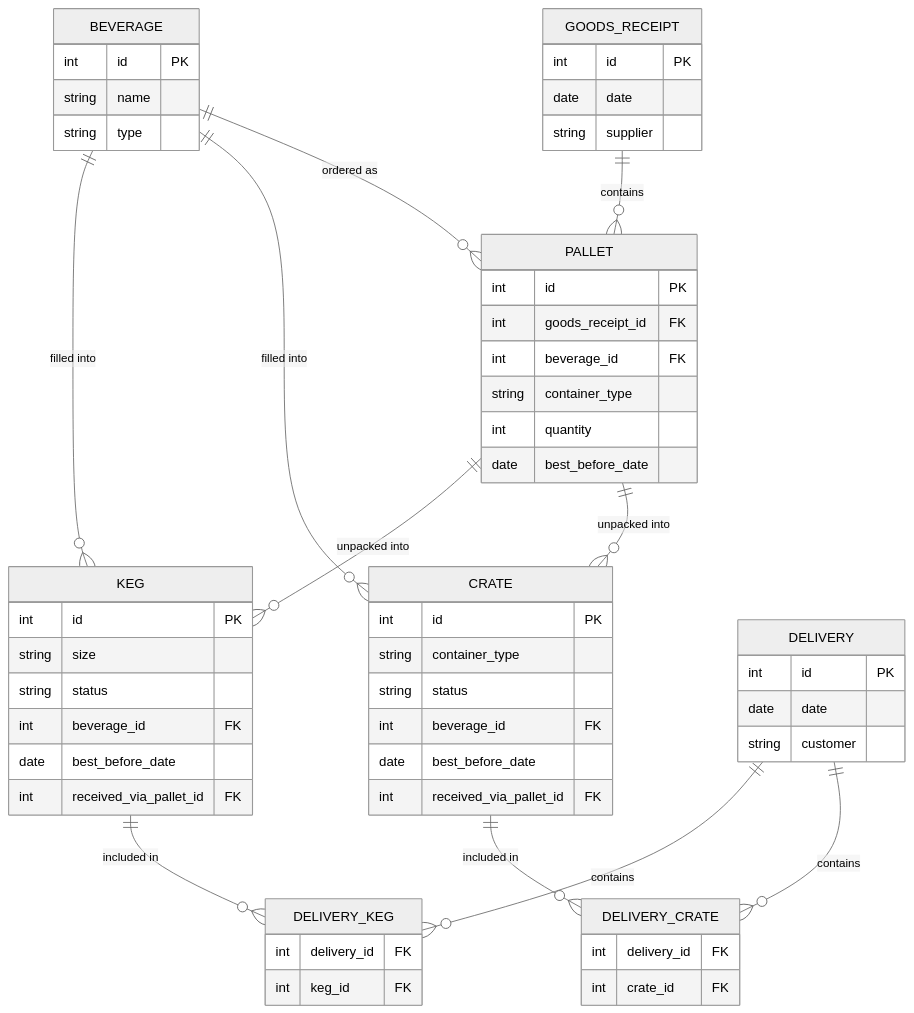
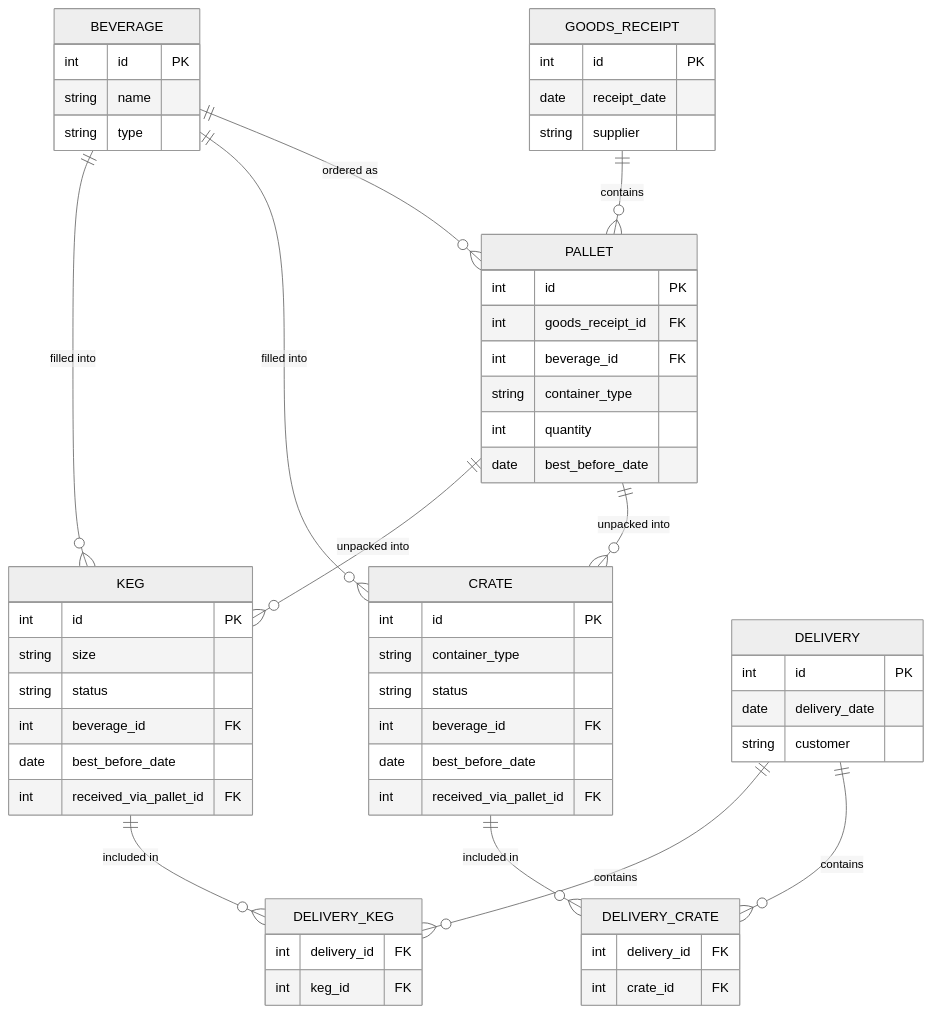
The diagram in docs/er-diagram.mmd (Random-Mad-Coder/beverage-logistics-api), drawn with Mermaid (neutral theme) before and after one commit. The commit also changed 3 other files, not shown here.

First line of the commit message:
Rename Delivery and GoodsReceipt date fields

```diff
--- a/docs/er-diagram.mmd
+++ b/docs/er-diagram.mmd
@@ -1,59 +1,59 @@
 erDiagram
     BEVERAGE ||--o{ KEG : "filled into"
     BEVERAGE ||--o{ CRATE : "filled into"
     BEVERAGE ||--o{ PALLET : "ordered as"
     GOODS_RECEIPT ||--o{ PALLET : contains
     PALLET ||--o{ KEG : "unpacked into"
     PALLET ||--o{ CRATE : "unpacked into"
     DELIVERY ||--o{ DELIVERY_KEG : contains
     KEG ||--o{ DELIVERY_KEG : "included in"
     DELIVERY ||--o{ DELIVERY_CRATE : contains
     CRATE ||--o{ DELIVERY_CRATE : "included in"
 
     BEVERAGE {
         int id PK
         string name
         string type
     }
     KEG {
         int id PK
         string size
         string status
         int beverage_id FK
         date best_before_date
         int received_via_pallet_id FK
     }
     CRATE {
         int id PK
         string container_type
         string status
         int beverage_id FK
         date best_before_date
         int received_via_pallet_id FK
     }
     GOODS_RECEIPT {
         int id PK
-        date date
+        date receipt_date
         string supplier
     }
     PALLET {
         int id PK
         int goods_receipt_id FK
         int beverage_id FK
         string container_type
         int quantity
         date best_before_date
     }
     DELIVERY {
         int id PK
-        date date
+        date delivery_date
         string customer
     }
     DELIVERY_KEG {
         int delivery_id FK
         int keg_id FK
     }
     DELIVERY_CRATE {
         int delivery_id FK
         int crate_id FK
     }
```
